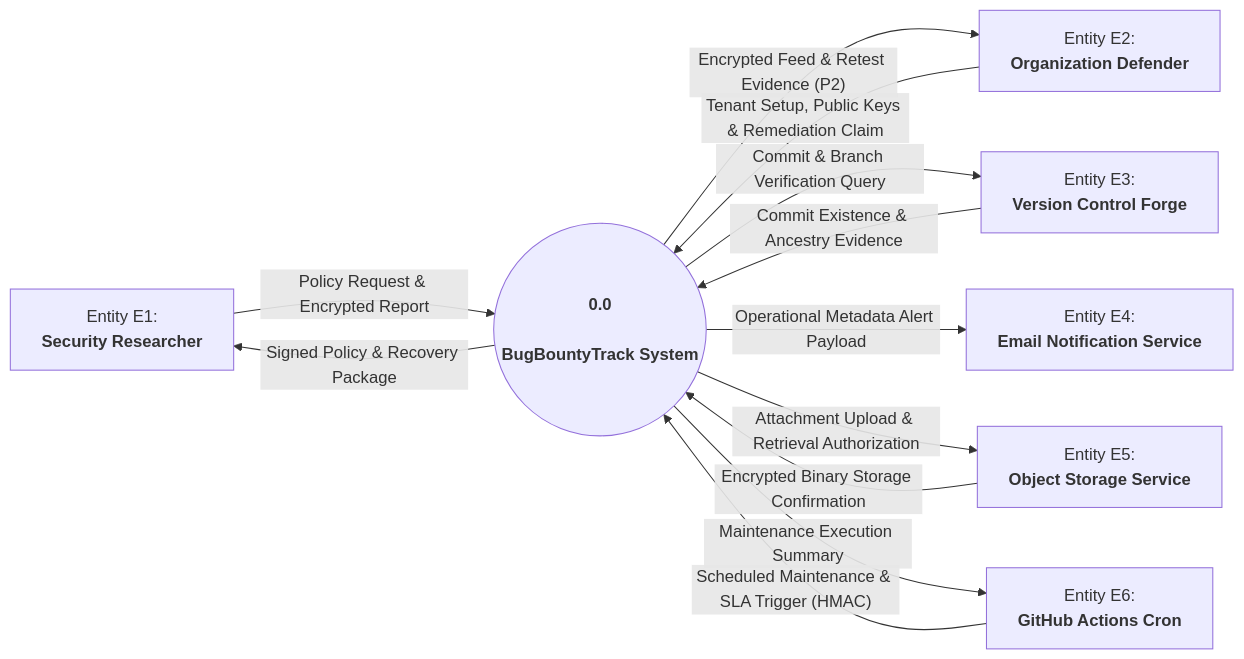
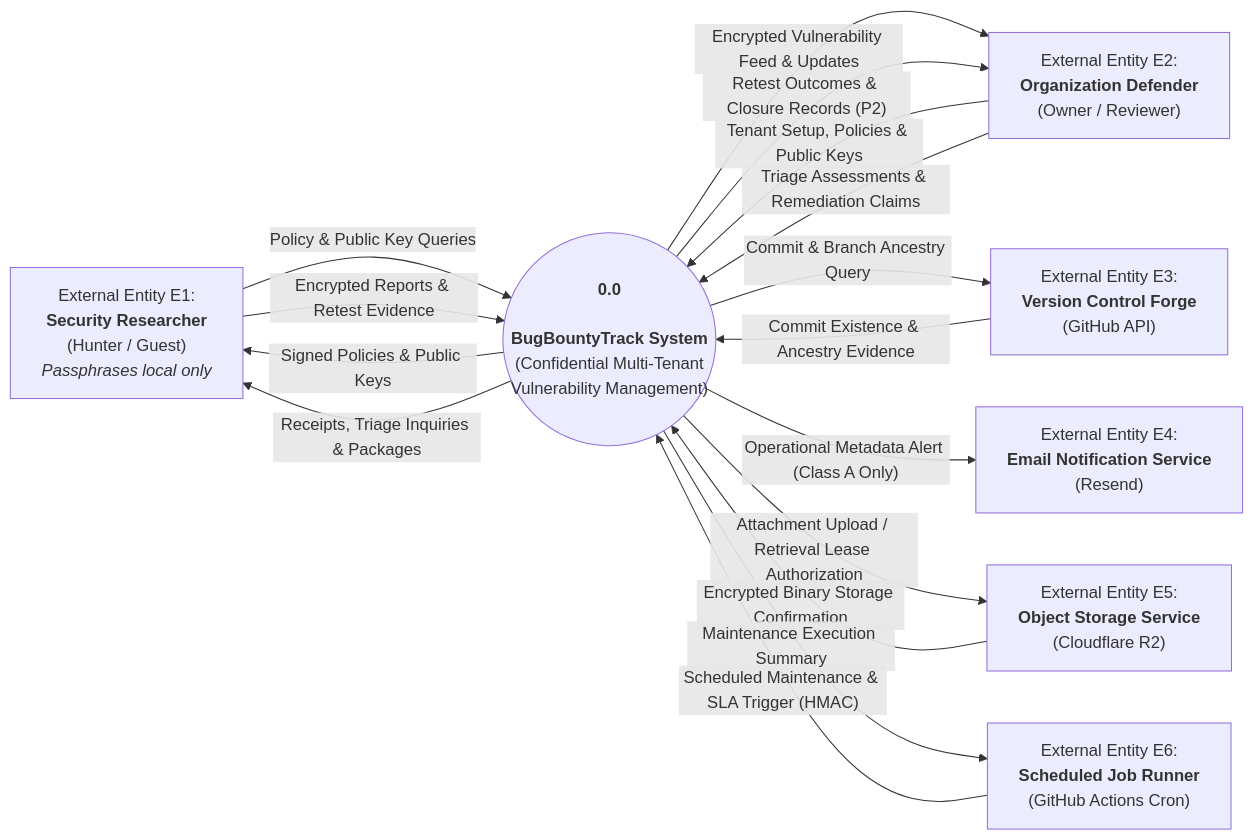
One commit to Taha-Asad/BugBountyTracker changed the second of 3 diagrams in tasks/week-03-high-level-architecture-cloud-topology.md. Above: the diagram before and after it, drawn with Mermaid. The commit also changed other lines of this file and 14 other files, not shown here.

Commit message:
docs(arch): finalize Week 3 architecture with balanced DFDs, restored SRS performance targets, and honest budget estimates

````diff
--- a/tasks/week-03-high-level-architecture-cloud-topology.md
+++ b/tasks/week-03-high-level-architecture-cloud-topology.md
@@ -97,23 +113,40 @@
 ```mermaid
 flowchart LR
-    E1["Entity E1:<br/><b>Security Researcher</b>"]
-    E2["Entity E2:<br/><b>Organization Defender</b>"]
-    E3["Entity E3:<br/><b>Version Control Forge</b>"]
-    E4["Entity E4:<br/><b>Email Notification Service</b>"]
-    E5["Entity E5:<br/><b>Object Storage Service</b>"]
-    E6["Entity E6:<br/><b>GitHub Actions Cron</b>"]
+    %% External Entities
+    E1["External Entity E1:<br/><b>Security Researcher</b><br/>(Hunter / Guest)<br/><i>Passphrases local only</i>"]
+    E2["External Entity E2:<br/><b>Organization Defender</b><br/>(Owner / Reviewer)"]
+    E3["External Entity E3:<br/><b>Version Control Forge</b><br/>(GitHub API)"]
+    E4["External Entity E4:<br/><b>Email Notification Service</b><br/>(Resend)"]
+    E5["External Entity E5:<br/><b>Object Storage Service</b><br/>(Cloudflare R2)"]
+    E6["External Entity E6:<br/><b>Scheduled Job Runner</b><br/>(GitHub Actions Cron)"]
 
-    BBT(("<b>0.0</b><br/><br/><b>BugBountyTrack System</b>"))
+    %% Central System Process
+    BBT(("<b>0.0</b><br/><br/><b>BugBountyTrack System</b><br/>(Confidential Multi-Tenant<br/>Vulnerability Management)"))
 
-    E1 -- "Policy Request & Encrypted Report" --> BBT
-    BBT -- "Signed Policy & Recovery Package" --> E1
-    E2 -- "Tenant Setup, Public Keys & Remediation Claim" --> BBT
-    BBT -- "Encrypted Feed & Retest Evidence (P2)" --> E2
-    BBT -- "Commit & Branch Verification Query" --> E3
+    %% Researcher Data Flows (E1)
+    E1 -- "Policy & Public Key Queries" --> BBT
+    BBT -- "Signed Policies & Public Keys" --> E1
+    E1 -- "Encrypted Reports & Retest Evidence" --> BBT
+    BBT -- "Receipts, Triage Inquiries & Packages" --> E1
+
+    %% Defender Data Flows (E2)
+    E2 -- "Tenant Setup, Policies & Public Keys" --> BBT
+    BBT -- "Encrypted Vulnerability Feed & Updates" --> E2
+    E2 -- "Triage Assessments & Remediation Claims" --> BBT
+    BBT -- "Retest Outcomes & Closure Records (P2)" --> E2
+
+    %% Integration with Version Control Forge (E3)
+    BBT -- "Commit & Branch Ancestry Query" --> E3
     E3 -- "Commit Existence & Ancestry Evidence" --> BBT
-    BBT -- "Operational Metadata Alert Payload" --> E4
-    BBT -- "Attachment Upload & Retrieval Authorization" --> E5
+
+    %% Integration with Email Service (E4)
+    BBT -- "Operational Metadata Alert (Class A Only)" --> E4
+
+    %% Integration with Object Storage Service (E5)
+    BBT -- "Attachment Upload / Retrieval Lease Authorization" --> E5
     E5 -- "Encrypted Binary Storage Confirmation" --> BBT
+
+    %% Integration with Scheduled Job Runner (E6)
     E6 -- "Scheduled Maintenance & SLA Trigger (HMAC)" --> BBT
     BBT -- "Maintenance Execution Summary" --> E6
 ```
````
